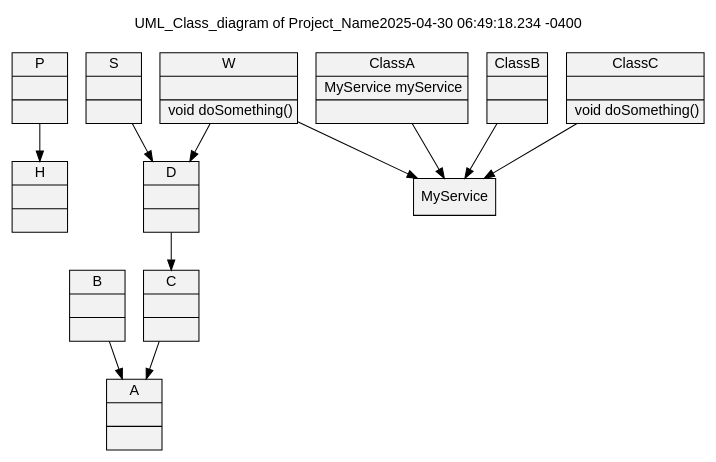
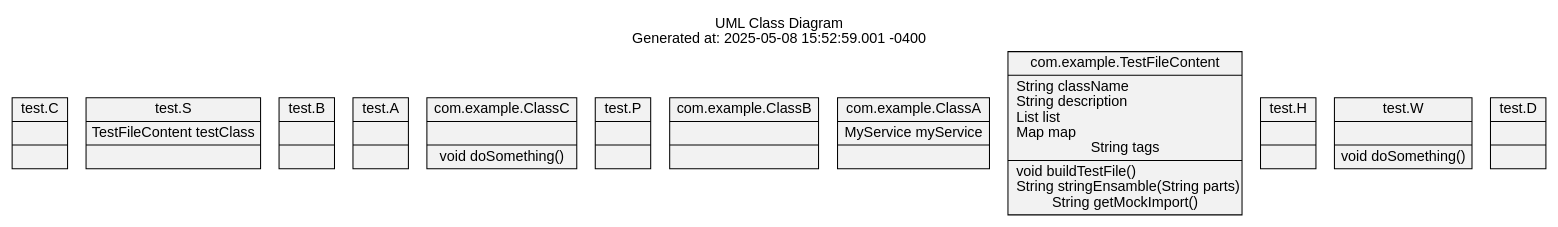
The diagram in Testing/classAnalyzer/ClassAnalyzer/uml_class_diagram.dot (alejandrosubero/Unit_Test), drawn with Graphviz before and after one commit. The commit also changed 10 other files, not shown here.

```diff
--- a/Testing/classAnalyzer/ClassAnalyzer/uml_class_diagram.dot
+++ b/Testing/classAnalyzer/ClassAnalyzer/uml_class_diagram.dot
@@ -1,26 +1,16 @@
 digraph "UML_Class_diagram" {
-graph ["label"="UML_Class_diagram of Project_Name2025-04-30 06:49:18.234 -0400\n\n","labelloc"="t","fontname"="Helvetica,Arial,sans-serif"]
+graph ["label"="UML Class Diagram\nGenerated at: 2025-05-08 15:52:59.001 -0400","labelloc"="t","fontname"="Helvetica,Arial,sans-serif"]
 node ["fontname"="Helvetica,Arial,sans-serif","shape"="record","style"="filled","fillcolor"="gray95"]
-"P" ["label"="{P||}"]
-"A" ["label"="{A||}"]
-"B" ["label"="{B||}"]
-"C" ["label"="{C||}"]
-"S" ["label"="{S||}"]
-"D" ["label"="{D||}"]
-"W" ["label"="{W||void doSomething()\l}"]
-"H" ["label"="{H||}"]
-"ClassA" ["label"="{ClassA|MyService myService\l|}"]
-"ClassB" ["label"="{ClassB||}"]
-"ClassC" ["label"="{ClassC||void doSomething()\l}"]
-"MyService" ["label"="{MyService}"]
-"P" -> "H"
-"B" -> "A"
-"C" -> "A"
-"S" -> "D"
-"D" -> "C"
-"W" -> "MyService"
-"W" -> "D"
-"ClassA" -> "MyService"
-"ClassB" -> "MyService"
-"ClassC" -> "MyService"
+"test.C" ["label"="{test.C||}"]
+"test.S" ["label"="{test.S|TestFileContent testClass|}"]
+"test.B" ["label"="{test.B||}"]
+"test.A" ["label"="{test.A||}"]
+"com.example.ClassC" ["label"="{com.example.ClassC||void doSomething()}"]
+"test.P" ["label"="{test.P||}"]
+"com.example.ClassB" ["label"="{com.example.ClassB||}"]
+"com.example.ClassA" ["label"="{com.example.ClassA|MyService myService|}"]
+"com.example.TestFileContent" ["label"="{com.example.TestFileContent|String className\lString description\lList list\lMap map\lString tags|void buildTestFile()\lString stringEnsamble(String parts)\lString getMockImport()}"]
+"test.H" ["label"="{test.H||}"]
+"test.W" ["label"="{test.W||void doSomething()}"]
+"test.D" ["label"="{test.D||}"]
 }
```
